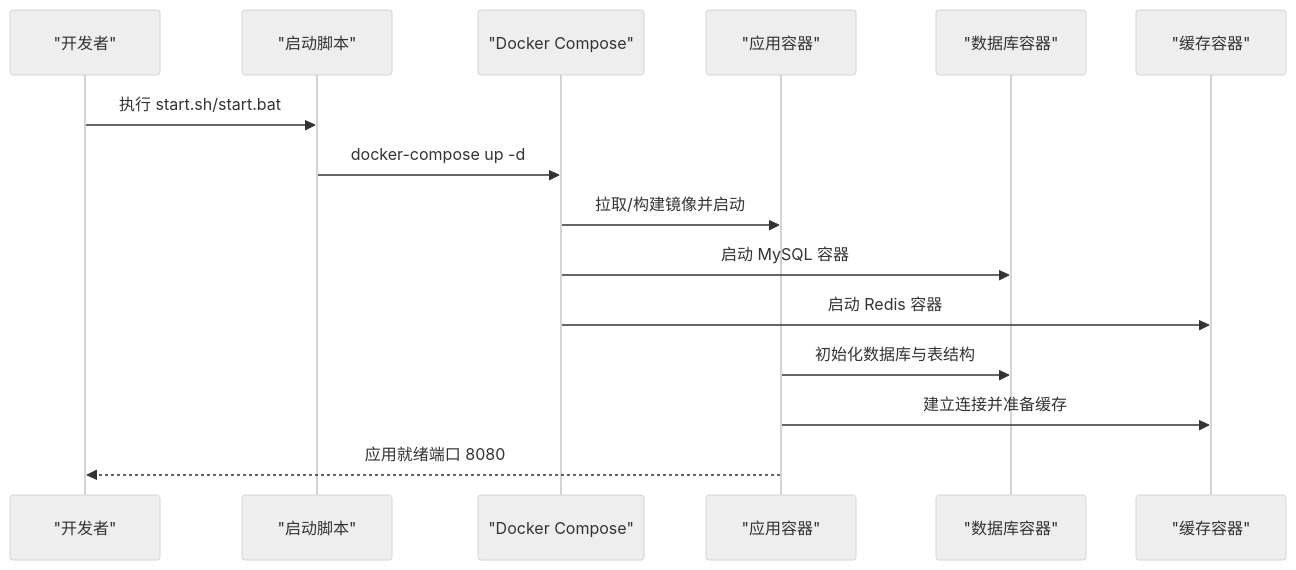
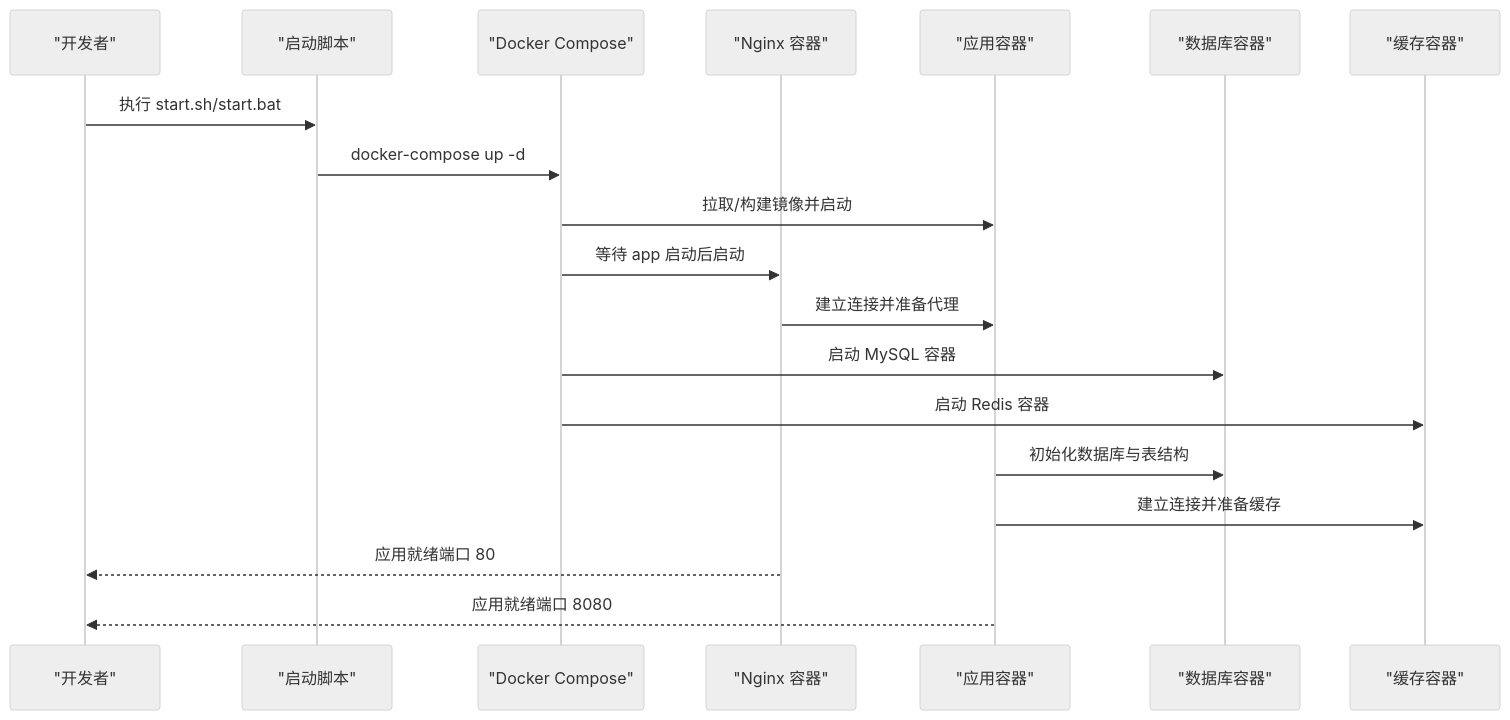
One commit to junjiechen66/newWorld changed the fifth of 9 diagrams in .qoder/repowiki/zh/content/系统架构/部署架构.md. Above: the diagram before and after it, drawn with Mermaid (neutral theme). The commit also changed other lines of this file and 5 other files, not shown here.

````diff
--- a/.qoder/repowiki/zh/content/系统架构/部署架构.md
+++ b/.qoder/repowiki/zh/content/系统架构/部署架构.md
@@ -150,17 +238,21 @@
 ```mermaid
 sequenceDiagram
 participant Dev as "开发者"
 participant Sh as "启动脚本"
 participant DC as "Docker Compose"
+participant Nginx as "Nginx 容器"
 participant App as "应用容器"
 participant DB as "数据库容器"
 participant Cache as "缓存容器"
 Dev->>Sh : 执行 start.sh/start.bat
 Sh->>DC : docker-compose up -d
 DC->>App : 拉取/构建镜像并启动
+DC->>Nginx : 等待 app 启动后启动
+Nginx->>App : 建立连接并准备代理
 DC->>DB : 启动 MySQL 容器
 DC->>Cache : 启动 Redis 容器
 App->>DB : 初始化数据库与表结构
 App->>Cache : 建立连接并准备缓存
+Nginx-->>Dev : 应用就绪端口 80
 App-->>Dev : 应用就绪端口 8080
 ```
````
